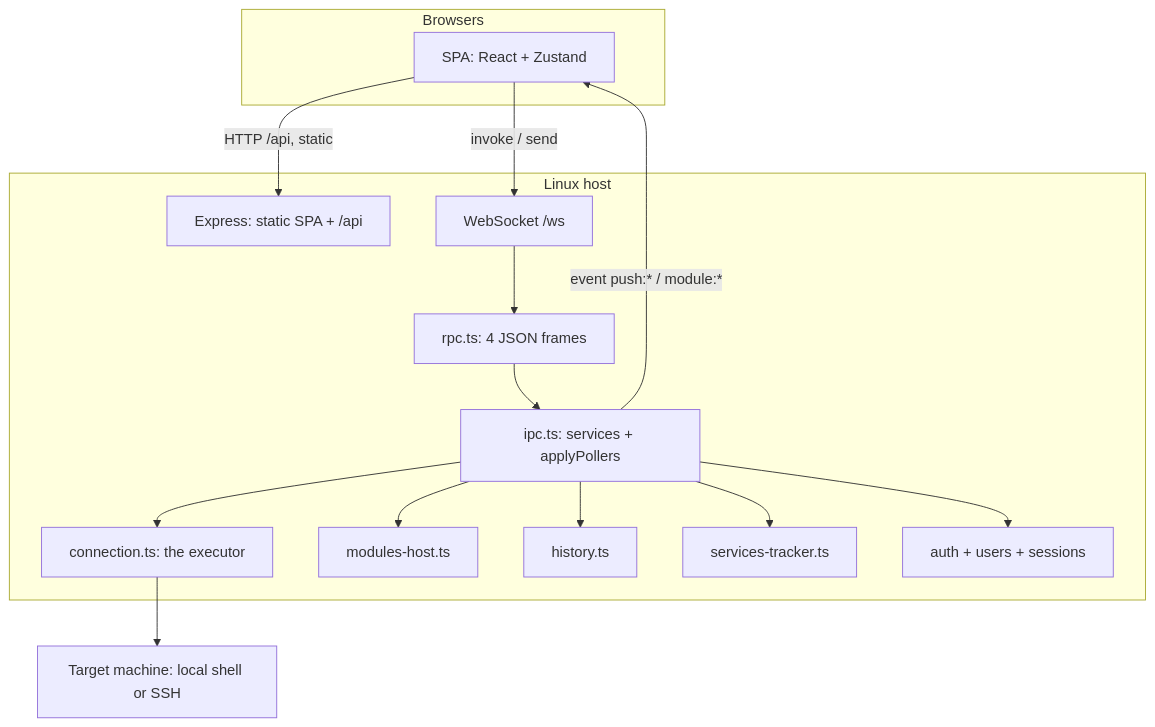
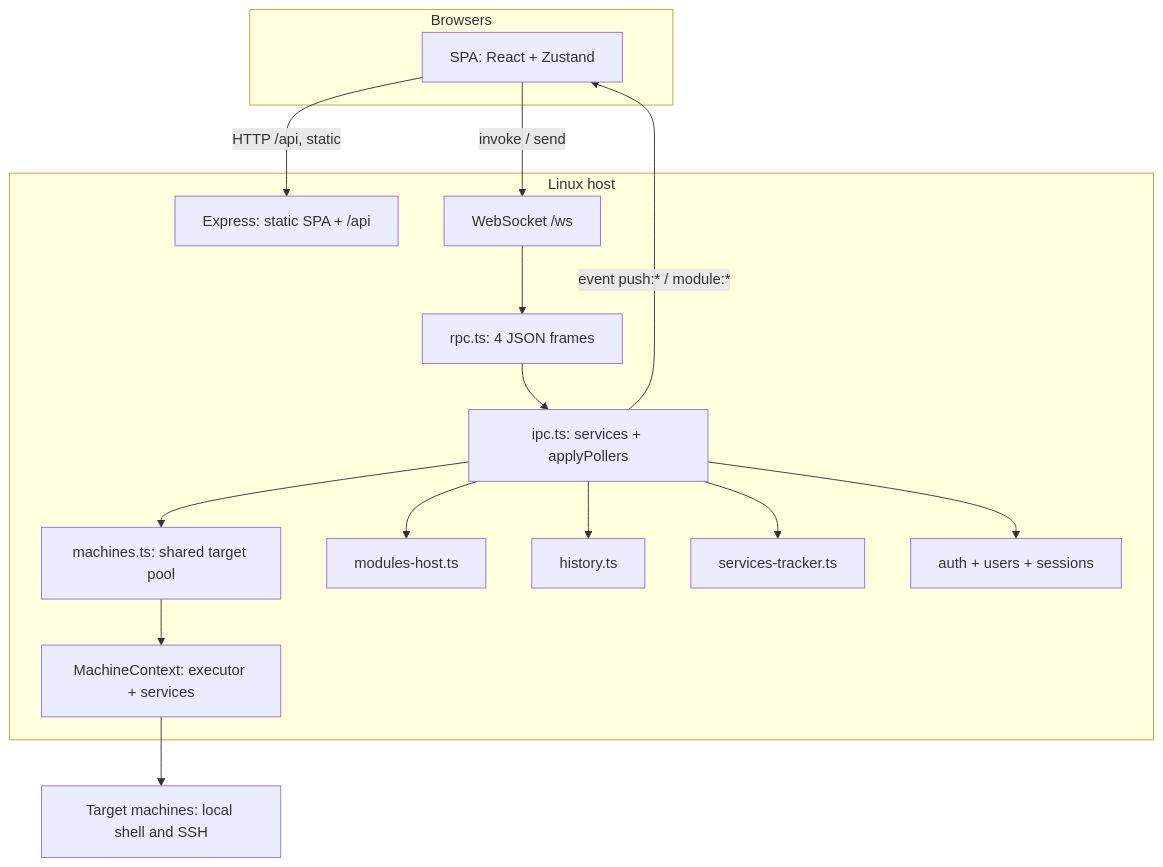
The diagram in docs/ARCHITECTURE.md (FireStarsSoft/Bored-Manager), drawn with Mermaid before and after one commit. The commit also changed other lines of this file and 223 other files, not shown here.

Commit message:
feat: ship 0.3.3 with a shared machine pool, BMC, OpenWRT, and a test suite

````diff
--- a/docs/ARCHITECTURE.md
+++ b/docs/ARCHITECTURE.md
@@ -15,30 +15,32 @@
 ```mermaid
 flowchart TB
   subgraph browsers [Browsers]
     spa["SPA: React + Zustand"]
   end
   subgraph host [Linux host]
     http["Express: static SPA + /api"]
     ws["WebSocket /ws"]
     rpc["rpc.ts: 4 JSON frames"]
     ipc["ipc.ts: services + applyPollers"]
-    conn["connection.ts: the executor"]
+    pool["machines.ts: shared target pool"]
+    ctx["MachineContext: executor + services"]
     hostMod["modules-host.ts"]
     hist["history.ts"]
     track["services-tracker.ts"]
     auth["auth + users + sessions"]
   end
-  target["Target machine: local shell or SSH"]
+  targets["Target machines: local shell and SSH"]
 
   spa -->|"HTTP /api, static"| http
   spa -->|"invoke / send"| ws
   ws --> rpc
   rpc --> ipc
-  ipc --> conn
+  ipc --> pool
+  pool --> ctx
   ipc --> hostMod
   ipc --> hist
   ipc --> track
   ipc --> auth
-  conn --> target
+  ctx --> targets
   ipc -->|"event push:* / module:*"| spa
 ```
````
